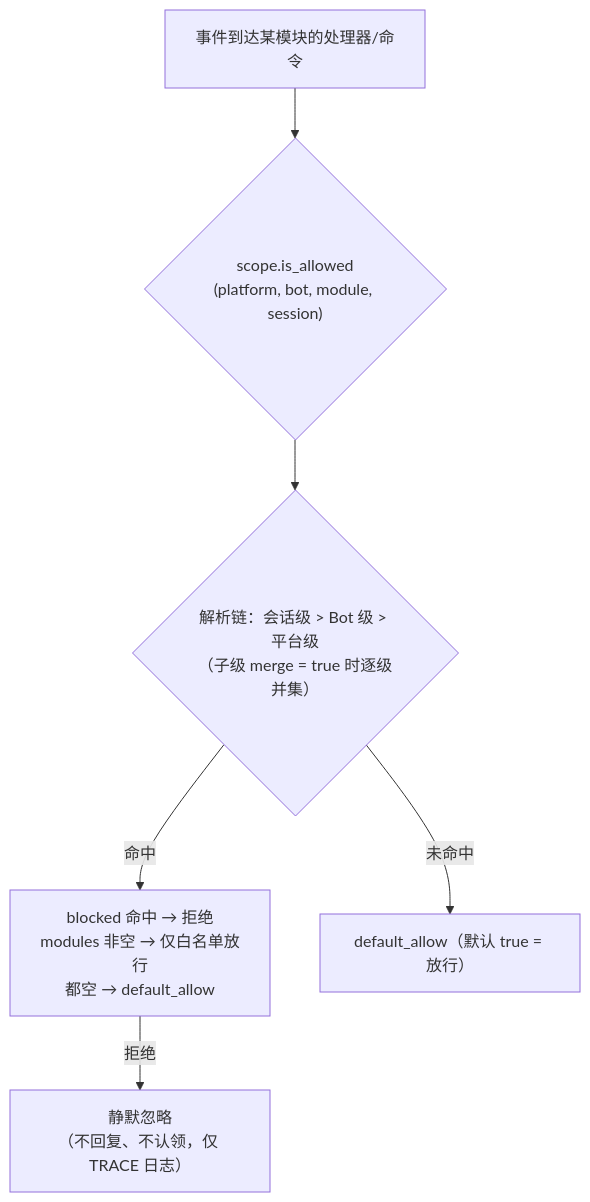
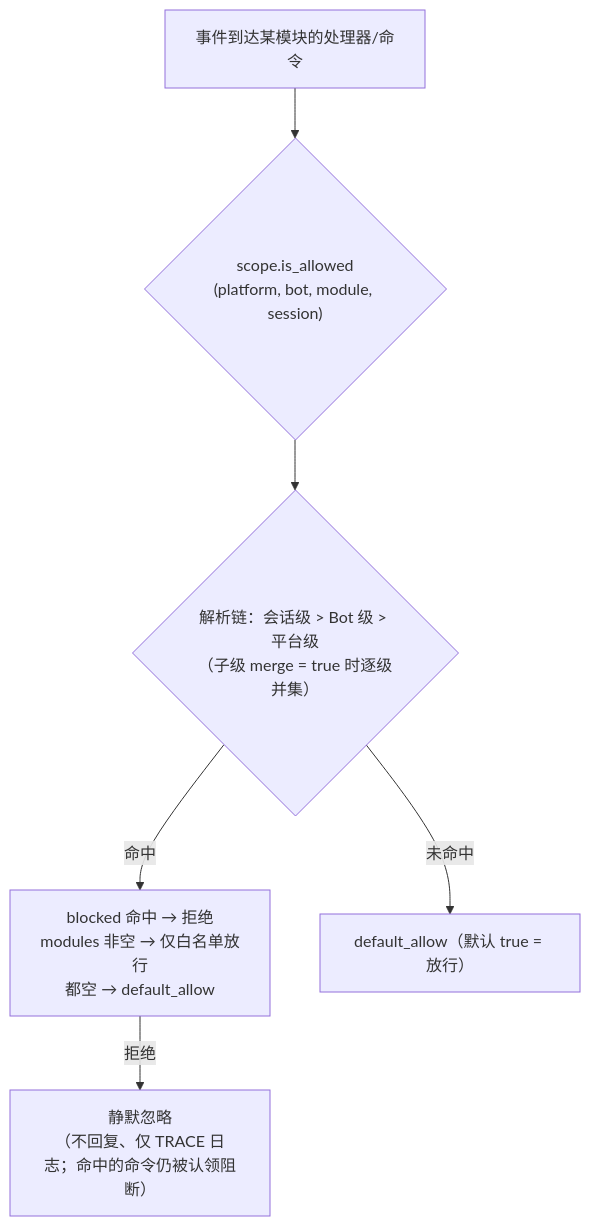
The diagram in docs/zh-CN/advanced/scope.md (ErisPulse/ErisPulse), drawn with Mermaid before and after one commit. The commit also changed other lines of this file and 13 other files, not shown here.

````diff
--- a/docs/zh-CN/advanced/scope.md
+++ b/docs/zh-CN/advanced/scope.md
@@ -105,8 +105,8 @@
 ```mermaid
 flowchart TD
     A["事件到达某模块的处理器/命令"] --> B{"scope.is_allowed<br/>(platform, bot, module, session)"}
     B --> C{"解析链：会话级 > Bot 级 > 平台级<br/>（子级 merge = true 时逐级并集）"}
     C -->|"命中"| D["blocked 命中 → 拒绝<br/>modules 非空 → 仅白名单放行<br/>都空 → default_allow"]
     C -->|"未命中"| E["default_allow（默认 true = 放行）"]
-    D -->|"拒绝"| Z["静默忽略<br/>（不回复、不认领，仅 TRACE 日志）"]
+    D -->|"拒绝"| Z["静默忽略<br/>（不回复、仅 TRACE 日志；命中的命令仍被认领阻断）"]
 ```
````
